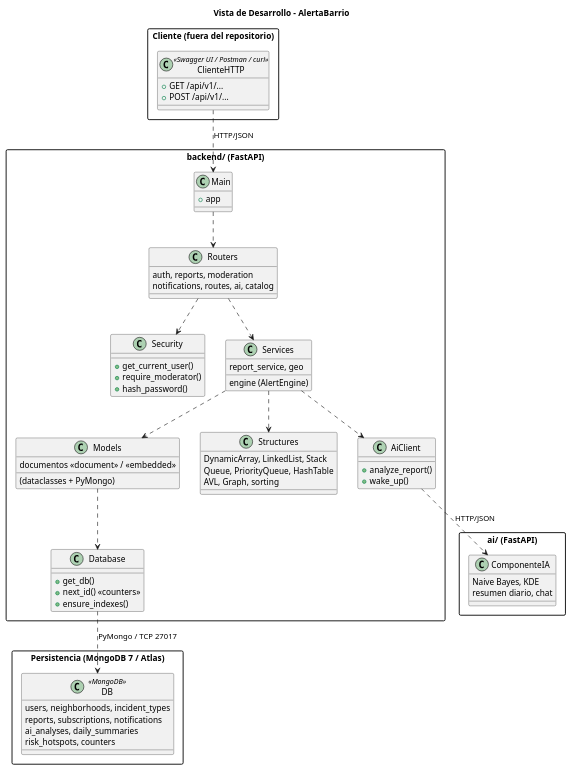
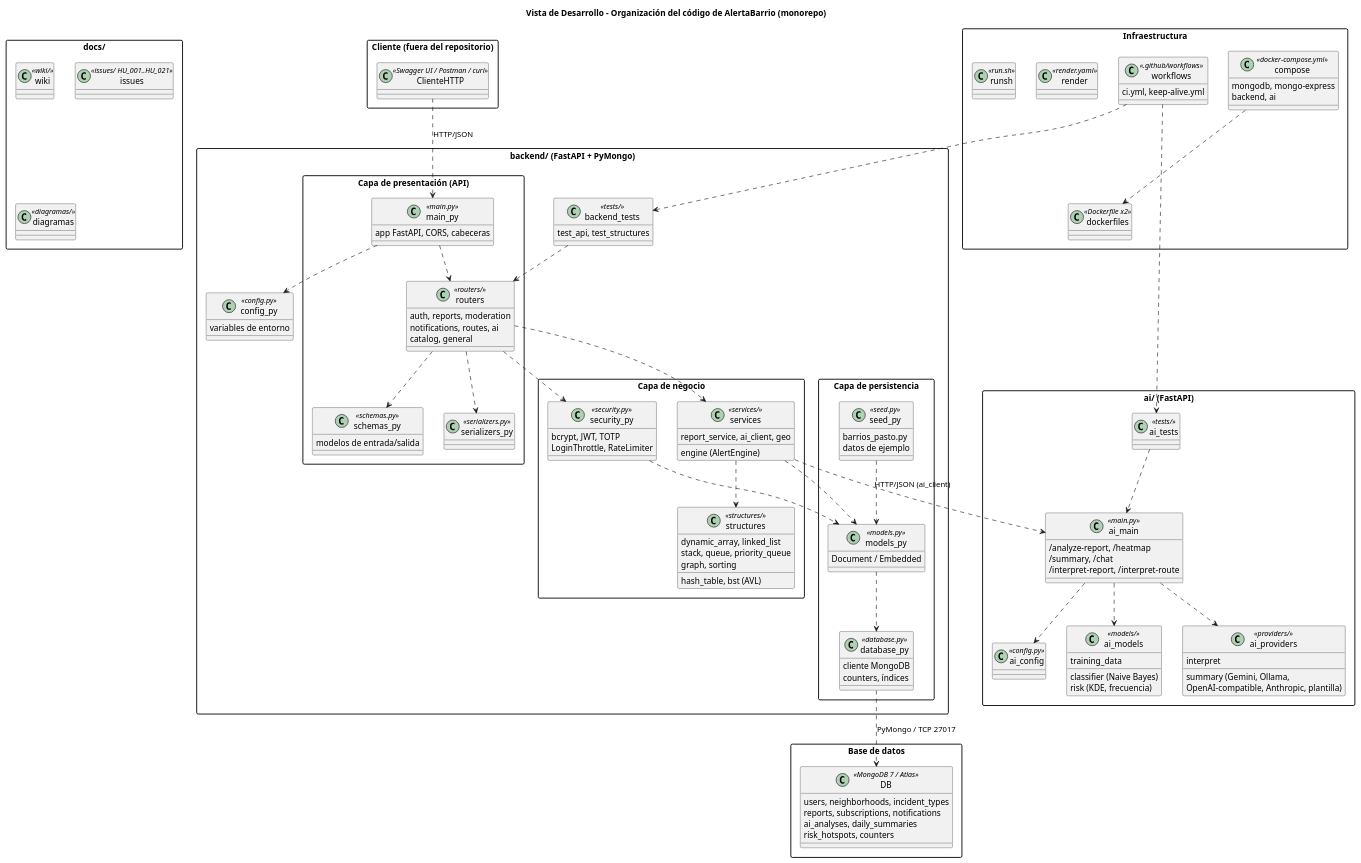
Before and after one commit to neber18/AlertaBarrio-Diseno-de-Software: the diagram in docs/diagramas/4_vista_desarrollo.puml, drawn with PlantUML. The commit also changed 12 other files, not shown here.

```diff
--- a/docs/diagramas/4_vista_desarrollo.puml
+++ b/docs/diagramas/4_vista_desarrollo.puml
@@ -1,74 +1,131 @@
 @startuml Vista_Desarrollo_AlertaBarrio
-title Vista de Desarrollo - AlertaBarrio
+title Vista de Desarrollo - Organización del código de AlertaBarrio (monorepo)
 skinparam packageStyle rectangle
 
 package "Cliente (fuera del repositorio)" {
-  class ClienteHTTP <<Swagger UI / Postman / curl>> {
-  +GET /api/v1/...
-  +POST /api/v1/...
-}
+  class ClienteHTTP <<Swagger UI / Postman / curl>>
 }
 
-package "backend/ (FastAPI)" {
-  class Main {
-  +app
-}
-  class Routers {
-  auth, reports, moderation
-  notifications, routes, ai, catalog
-}
-  class Security {
-  +get_current_user()
-  +require_moderator()
-  +hash_password()
-}
-  class Services {
-  engine (AlertEngine)
-  report_service, geo
-}
-  class AiClient {
-  +analyze_report()
-  +wake_up()
-}
-  class Structures {
-  DynamicArray, LinkedList, Stack
-  Queue, PriorityQueue, HashTable
-  AVL, Graph, sorting
-}
-  class Database {
-  +get_db()
-  +next_id() <<counters>>
-  +ensure_indexes()
-}
-  class Models {
-  documentos «document» / «embedded»
-  (dataclasses + PyMongo)
-}
+package "backend/ (FastAPI + PyMongo)" {
+  package "Capa de presentación (API)" {
+    class main_py <<main.py>> {
+      app FastAPI, CORS, cabeceras
+    }
+    class routers <<routers/>> {
+      auth, reports, moderation
+      notifications, routes, ai
+      catalog, general
+    }
+    class schemas_py <<schemas.py>> {
+      modelos de entrada/salida
+    }
+    class serializers_py <<serializers.py>>
+  }
+  package "Capa de negocio" {
+    class security_py <<security.py>> {
+      bcrypt, JWT, TOTP
+      LoginThrottle, RateLimiter
+    }
+    class services <<services/>> {
+      engine (AlertEngine)
+      report_service, ai_client, geo
+    }
+    class structures <<structures/>> {
+      dynamic_array, linked_list
+      stack, queue, priority_queue
+      hash_table, bst (AVL)
+      graph, sorting
+    }
+  }
+  package "Capa de persistencia" {
+    class models_py <<models.py>> {
+      Document / Embedded
+    }
+    class database_py <<database.py>> {
+      cliente MongoDB
+      counters, índices
+    }
+    class seed_py <<seed.py>> {
+      barrios_pasto.py
+      datos de ejemplo
+    }
+  }
+  class config_py <<config.py>> {
+    variables de entorno
+  }
+  class backend_tests <<tests/>> {
+    test_api, test_structures
+  }
 }
 
-package "Persistencia (MongoDB 7 / Atlas)" {
-  class DB <<MongoDB>> {
-  users, neighborhoods, incident_types
-  reports, subscriptions, notifications
-  ai_analyses, daily_summaries
-  risk_hotspots, counters
-}
-}
 package "ai/ (FastAPI)" {
-  class ComponenteIA {
-  Naive Bayes, KDE
-  resumen diario, chat
-}
+  class ai_main <<main.py>> {
+    /analyze-report, /heatmap
+    /summary, /chat
+    /interpret-report, /interpret-route
+  }
+  class ai_models <<models/>> {
+    classifier (Naive Bayes)
+    risk (KDE, frecuencia)
+    training_data
+  }
+  class ai_providers <<providers/>> {
+    summary (Gemini, Ollama,
+    OpenAI-compatible, Anthropic, plantilla)
+    interpret
+  }
+  class ai_config <<config.py>>
+  class ai_tests <<tests/>>
 }
 
-ClienteHTTP ..> Main : HTTP/JSON
-Main ..> Routers
-Routers ..> Security
-Routers ..> Services
-Services ..> Structures
-Services ..> Models
-Services ..> AiClient
-Models ..> Database
-Database ..> DB : PyMongo / TCP 27017
-AiClient ..> ComponenteIA : HTTP/JSON
+package "Infraestructura" {
+  class compose <<docker-compose.yml>> {
+    mongodb, mongo-express
+    backend, ai
+  }
+  class dockerfiles <<Dockerfile x2>>
+  class workflows <<.github/workflows>> {
+    ci.yml, keep-alive.yml
+  }
+  class render <<render.yaml>>
+  class runsh <<run.sh>>
+}
+
+package "docs/" {
+  class wiki <<wiki/>>
+  class issues <<issues/ HU_001..HU_021>>
+  class diagramas <<diagramas/>>
+}
+
+package "Base de datos" {
+  class DB <<MongoDB 7 / Atlas>> {
+    users, neighborhoods, incident_types
+    reports, subscriptions, notifications
+    ai_analyses, daily_summaries
+    risk_hotspots, counters
+  }
+}
+
+ClienteHTTP ..> main_py : HTTP/JSON
+main_py ..> routers
+main_py ..> config_py
+routers ..> schemas_py
+routers ..> serializers_py
+routers ..> security_py
+routers ..> services
+services ..> structures
+services ..> models_py
+security_py ..> models_py
+models_py ..> database_py
+seed_py ..> models_py
+database_py ..> DB : PyMongo / TCP 27017
+services ..> ai_main : HTTP/JSON (ai_client)
+ai_main ..> ai_models
+ai_main ..> ai_providers
+ai_main ..> ai_config
+backend_tests ..> routers
+ai_tests ..> ai_main
+compose ..> dockerfiles
+workflows ..> backend_tests
+workflows ..> ai_tests
 @enduml
```
